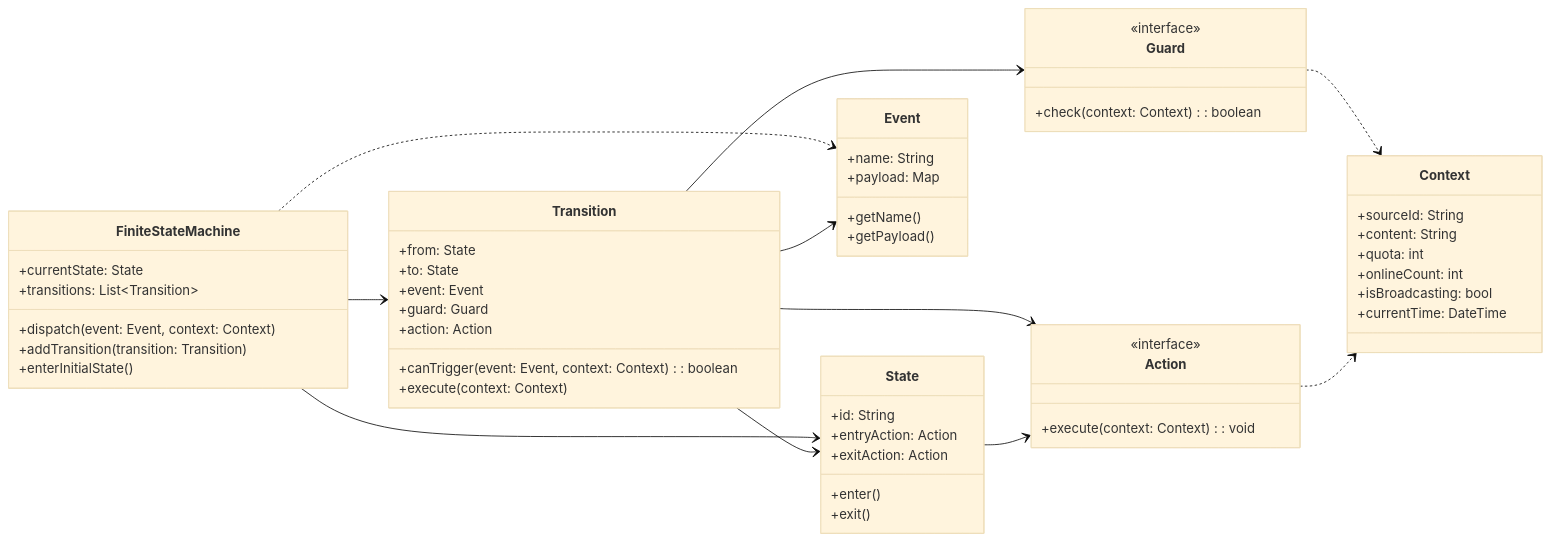
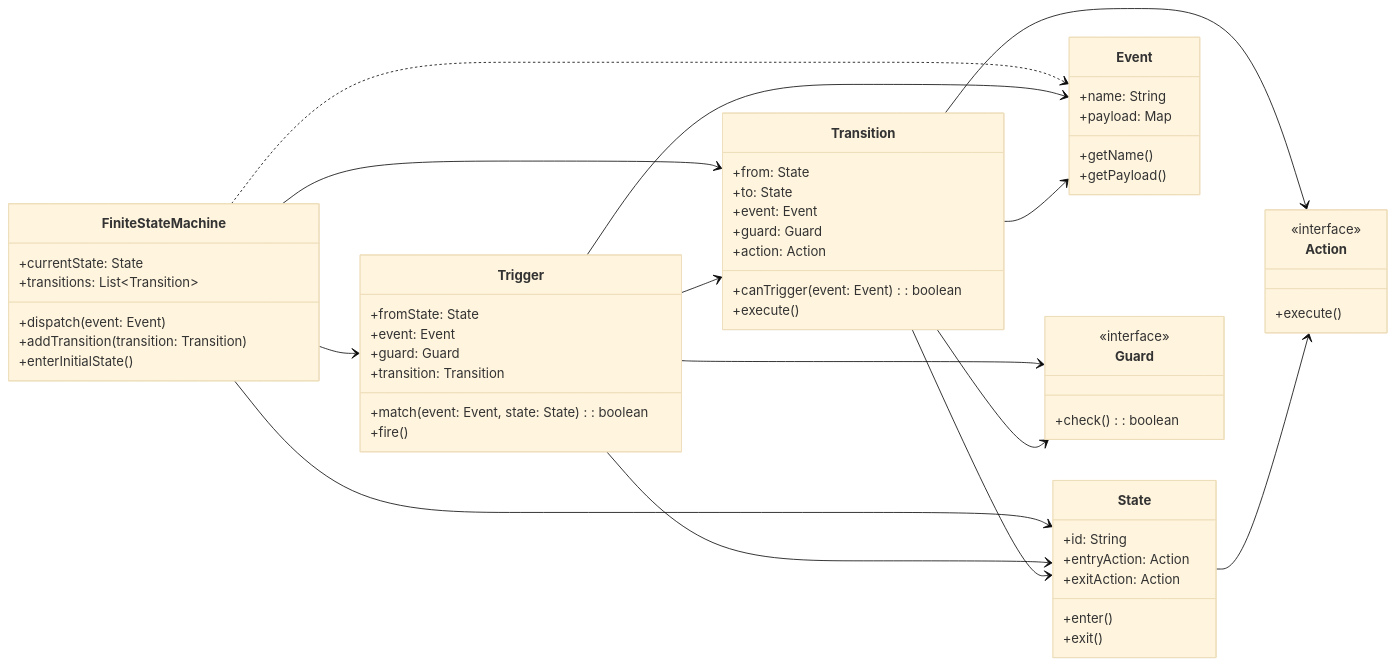
Before and after one commit to tanguitar8093/Software-Design-Pattern-HW: the diagram in hw8-2/FSM-最小乾淨版.mmd, drawn with Mermaid (base theme). The commit also changed 13 other files, not shown here.

```diff
--- a/hw8-2/FSM-最小乾淨版.mmd
+++ b/hw8-2/FSM-最小乾淨版.mmd
@@ -1,65 +1,71 @@
 classDiagram
     direction LR
 
     class FiniteStateMachine {
         +currentState: State
         +transitions: List~Transition~
-        +dispatch(event: Event, context: Context)
+        +dispatch(event: Event)
         +addTransition(transition: Transition)
         +enterInitialState()
     }
 
     class State {
         +id: String
         +entryAction: Action
         +exitAction: Action
         +enter()
         +exit()
     }
 
     class Event {
         +name: String
         +payload: Map
         +getName()
         +getPayload()
     }
 
     class Guard {
         <<interface>>
-        +check(context: Context): boolean
+        +check() : boolean
     }
 
     class Action {
         <<interface>>
-        +execute(context: Context): void
+        +execute()
+    }
+
+    class Trigger {
+        +fromState: State
+        +event: Event
+        +guard: Guard
+        +transition: Transition
+        +match(event: Event, state: State) : boolean
+        +fire()
     }
 
     class Transition {
         +from: State
         +to: State
         +event: Event
         +guard: Guard
         +action: Action
-        +canTrigger(event: Event, context: Context): boolean
-        +execute(context: Context)
-    }
-
-    class Context {
-        +sourceId: String
-        +content: String
-        +quota: int
-        +onlineCount: int
-        +isBroadcasting: bool
-        +currentTime: DateTime
+        +canTrigger(event: Event) : boolean
+        +execute()
     }
 
     FiniteStateMachine --> State
     FiniteStateMachine --> Transition
+    FiniteStateMachine --> Trigger
     FiniteStateMachine ..> Event
+
+    Trigger --> Event
+    Trigger --> State
+    Trigger --> Guard
+    Trigger --> Transition
+
     Transition --> State
     Transition --> Event
     Transition --> Guard
     Transition --> Action
+
     State --> Action
-    Guard ..> Context
-    Action ..> Context
```
